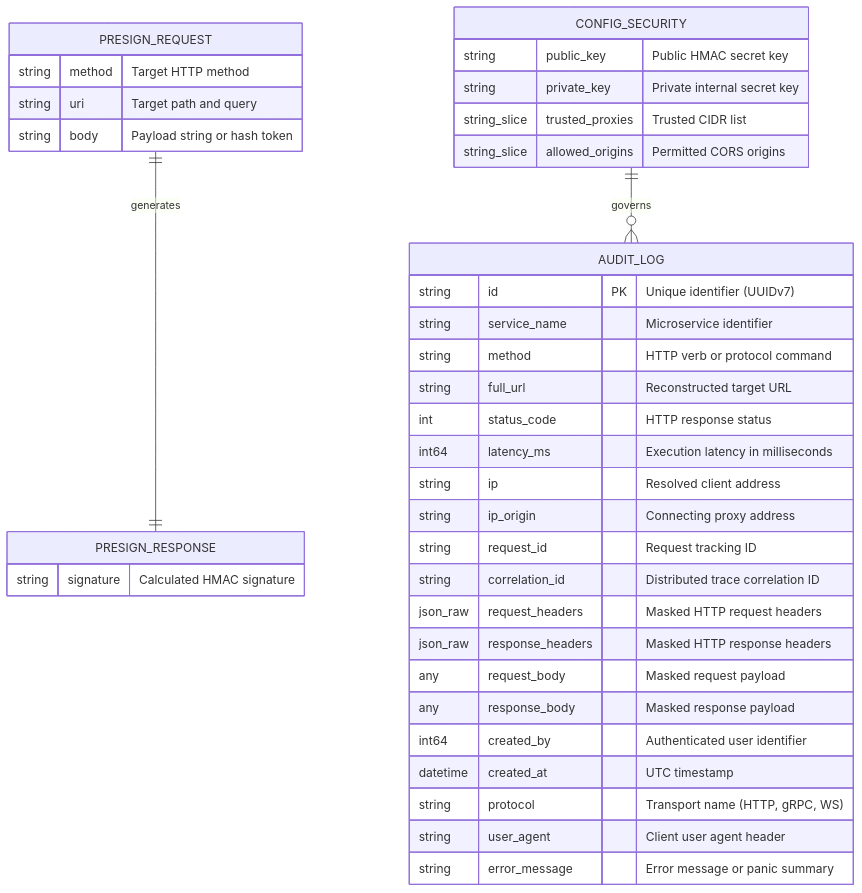
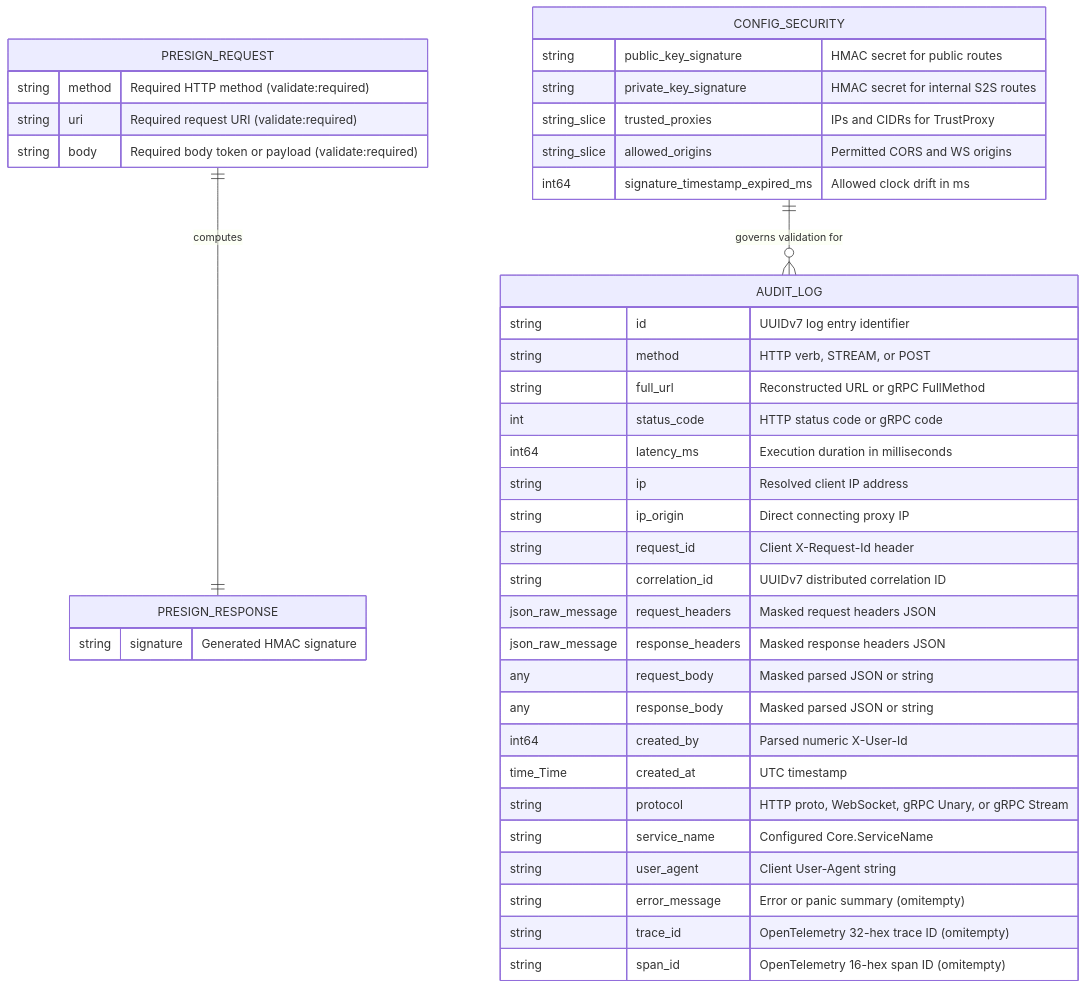
One commit to Jkenyut/nvx-go-middleware changed the fourth of 4 diagrams in README.md. Above: the diagram before and after it, drawn with Mermaid. The commit also changed other lines of this file, not shown here.

Commit message:
docs: update README with revised architecture, diagrams, and workflow details

````diff
--- a/README.md
+++ b/README.md
@@ -147,44 +181,47 @@
 ```mermaid
 erDiagram
     AUDIT_LOG {
-        string id PK "Unique identifier (UUIDv7)"
-        string service_name "Microservice identifier"
-        string method "HTTP verb or protocol command"
-        string full_url "Reconstructed target URL"
-        int status_code "HTTP response status"
-        int64 latency_ms "Execution latency in milliseconds"
-        string ip "Resolved client address"
-        string ip_origin "Connecting proxy address"
-        string request_id "Request tracking ID"
-        string correlation_id "Distributed trace correlation ID"
-        json_raw request_headers "Masked HTTP request headers"
-        json_raw response_headers "Masked HTTP response headers"
-        any request_body "Masked request payload"
-        any response_body "Masked response payload"
-        int64 created_by "Authenticated user identifier"
-        datetime created_at "UTC timestamp"
-        string protocol "Transport name (HTTP, gRPC, WS)"
-        string user_agent "Client user agent header"
-        string error_message "Error message or panic summary"
+        string id "UUIDv7 log entry identifier"
+        string method "HTTP verb, STREAM, or POST"
+        string full_url "Reconstructed URL or gRPC FullMethod"
+        int status_code "HTTP status code or gRPC code"
+        int64 latency_ms "Execution duration in milliseconds"
+        string ip "Resolved client IP address"
+        string ip_origin "Direct connecting proxy IP"
+        string request_id "Client X-Request-Id header"
+        string correlation_id "UUIDv7 distributed correlation ID"
+        json_raw_message request_headers "Masked request headers JSON"
+        json_raw_message response_headers "Masked response headers JSON"
+        any request_body "Masked parsed JSON or string"
+        any response_body "Masked parsed JSON or string"
+        int64 created_by "Parsed numeric X-User-Id"
+        time_Time created_at "UTC timestamp"
+        string protocol "HTTP proto, WebSocket, gRPC Unary, or gRPC Stream"
+        string service_name "Configured Core.ServiceName"
+        string user_agent "Client User-Agent string"
+        string error_message "Error or panic summary (omitempty)"
+        string trace_id "OpenTelemetry 32-hex trace ID (omitempty)"
+        string span_id "OpenTelemetry 16-hex span ID (omitempty)"
     }
 
     PRESIGN_REQUEST {
-        string method "Target HTTP method"
-        string uri "Target path and query"
-        string body "Payload string or hash token"
+        string method "Required HTTP method (validate:required)"
+        string uri "Required request URI (validate:required)"
+        string body "Required body token or payload (validate:required)"
     }
 
     PRESIGN_RESPONSE {
-        string signature "Calculated HMAC signature"
+        string signature "Generated HMAC signature"
     }
 
     CONFIG_SECURITY {
-        string public_key "Public HMAC secret key"
-        string private_key "Private internal secret key"
-        string_slice trusted_proxies "Trusted CIDR list"
-        string_slice allowed_origins "Permitted CORS origins"
+        string public_key_signature "HMAC secret for public routes"
+        string private_key_signature "HMAC secret for internal S2S routes"
+        string_slice trusted_proxies "IPs and CIDRs for TrustProxy"
+        string_slice allowed_origins "Permitted CORS and WS origins"
+        int64 signature_timestamp_expired_ms "Allowed clock drift in ms"
     }
 
-    CONFIG_SECURITY ||--o{ AUDIT_LOG : "governs"
-    PRESIGN_REQUEST ||--|| PRESIGN_RESPONSE : "generates"
+    CONFIG_SECURITY ||--o{ AUDIT_LOG : "governs validation for"
+    PRESIGN_REQUEST ||--|| PRESIGN_RESPONSE : "computes"
 ```
````
